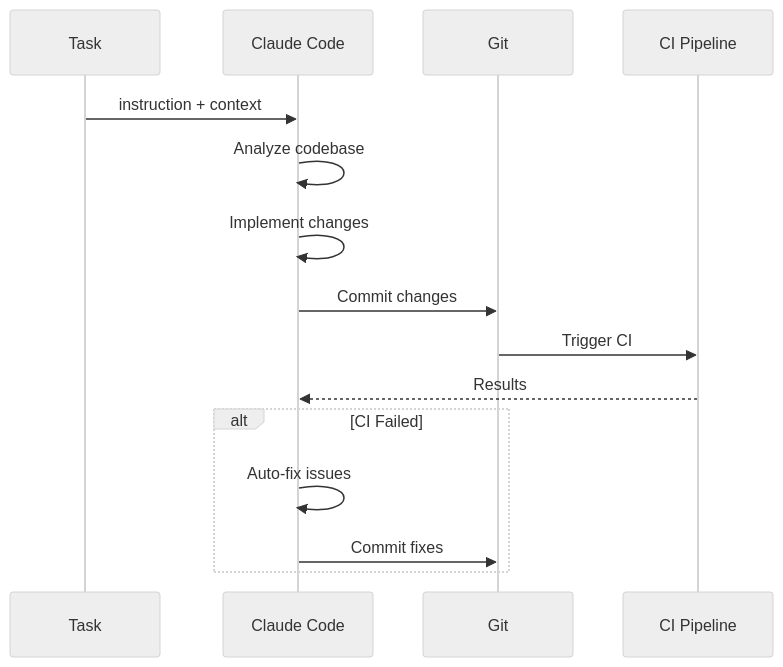
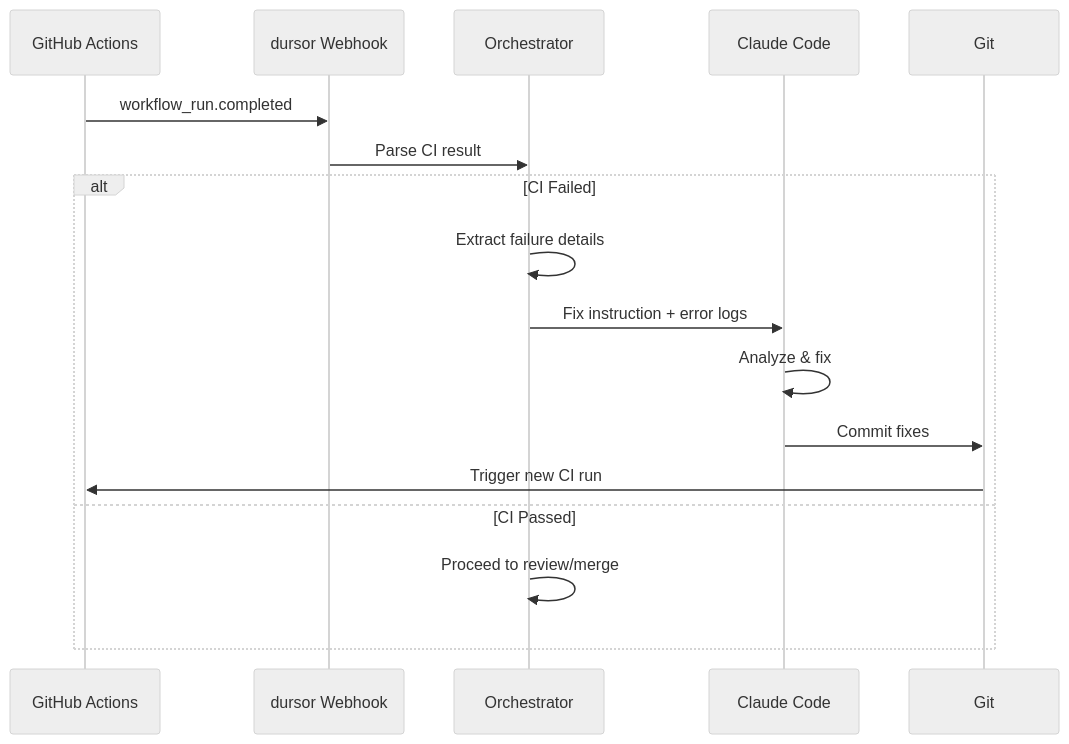
Before and after one commit to hampen2929/zloth: the first of 2 diagrams in docs/agentic-dursor.md, drawn with Mermaid (neutral theme). The commit also changed other lines of this file, not shown here.

First line of the commit message:
Update agentic dursor design for full autonomy (Option B)

````diff
--- a/docs/agentic-dursor.md
+++ b/docs/agentic-dursor.md
@@ -72,18 +118,20 @@
 ```mermaid
 sequenceDiagram
-    participant T as Task
-    participant C as Claude Code
-    participant G as Git
-    participant CI as CI Pipeline
+    participant GH as GitHub Actions
+    participant WH as dursor Webhook
+    participant OR as Orchestrator
+    participant CC as Claude Code
+    participant GIT as Git
 
-    T->>C: instruction + context
-    C->>C: Analyze codebase
-    C->>C: Implement changes
-    C->>G: Commit changes
-    G->>CI: Trigger CI
-    CI-->>C: Results
+    GH->>WH: workflow_run.completed
+    WH->>OR: Parse CI result
     alt CI Failed
-        C->>C: Auto-fix issues
-        C->>G: Commit fixes
+        OR->>OR: Extract failure details
+        OR->>CC: Fix instruction + error logs
+        CC->>CC: Analyze & fix
+        CC->>GIT: Commit fixes
+        GIT->>GH: Trigger new CI run
+    else CI Passed
+        OR->>OR: Proceed to review/merge
     end
 ```
````
